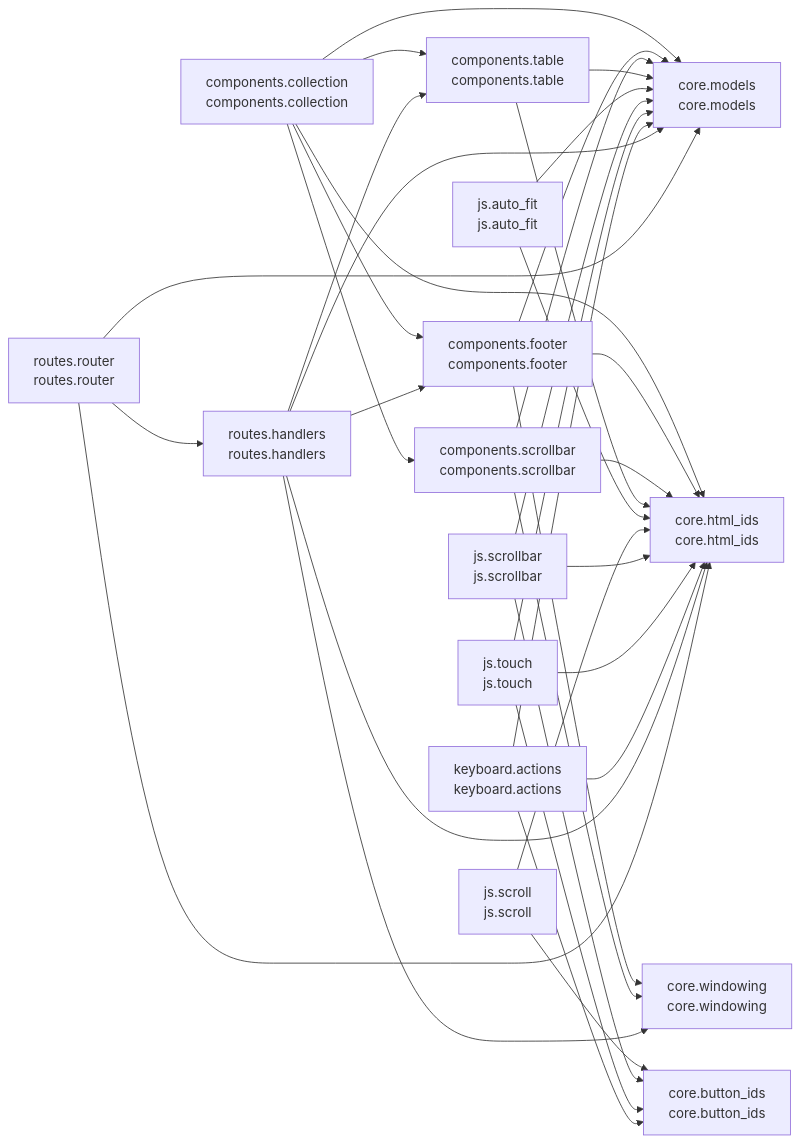
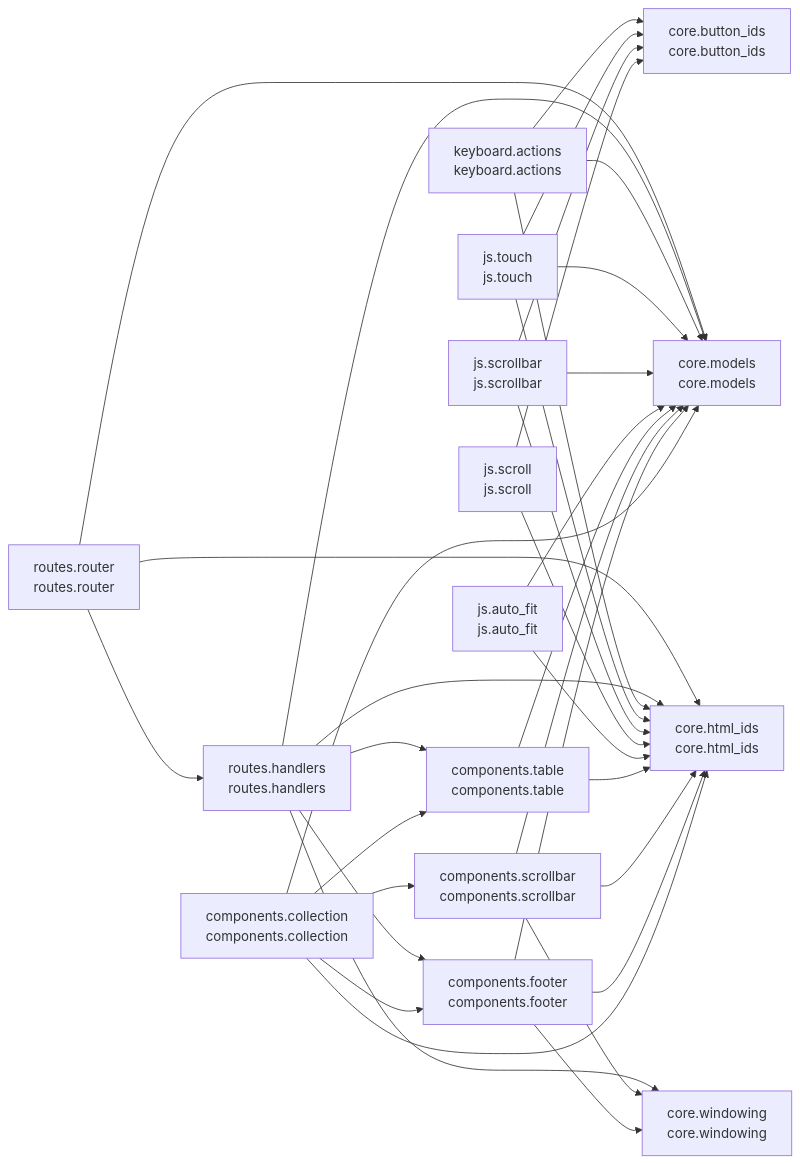
The diagram in README.md (cj-mills/cjm-fasthtml-virtual-collection), drawn with Mermaid before and after one commit. The commit also changed other lines of this file and 7 other files, not shown here.

````diff
--- a/README.md
+++ b/README.md
@@ -40,53 +40,53 @@
 ``` mermaid
 graph LR
     components_collection[components.collection<br/>components.collection]
     components_footer[components.footer<br/>components.footer]
     components_scrollbar[components.scrollbar<br/>components.scrollbar]
     components_table[components.table<br/>components.table]
     core_button_ids[core.button_ids<br/>core.button_ids]
     core_html_ids[core.html_ids<br/>core.html_ids]
     core_models[core.models<br/>core.models]
     core_windowing[core.windowing<br/>core.windowing]
     js_auto_fit[js.auto_fit<br/>js.auto_fit]
     js_scroll[js.scroll<br/>js.scroll]
     js_scrollbar[js.scrollbar<br/>js.scrollbar]
     js_touch[js.touch<br/>js.touch]
     keyboard_actions[keyboard.actions<br/>keyboard.actions]
     routes_handlers[routes.handlers<br/>routes.handlers]
     routes_router[routes.router<br/>routes.router]
 
     components_collection --> core_models
+    components_collection --> components_table
     components_collection --> components_footer
+    components_collection --> core_html_ids
     components_collection --> components_scrollbar
-    components_collection --> components_table
-    components_collection --> core_html_ids
     components_footer --> core_html_ids
+    components_footer --> core_models
     components_footer --> core_windowing
-    components_footer --> core_models
+    components_scrollbar --> core_models
     components_scrollbar --> core_html_ids
     components_scrollbar --> core_windowing
-    components_scrollbar --> core_models
     components_table --> core_models
     components_table --> core_html_ids
+    js_auto_fit --> core_models
     js_auto_fit --> core_html_ids
-    js_auto_fit --> core_models
     js_scroll --> core_html_ids
     js_scroll --> core_button_ids
     js_scrollbar --> core_html_ids
+    js_scrollbar --> core_models
     js_scrollbar --> core_button_ids
-    js_scrollbar --> core_models
     js_touch --> core_html_ids
+    js_touch --> core_models
     js_touch --> core_button_ids
-    js_touch --> core_models
     keyboard_actions --> core_html_ids
+    keyboard_actions --> core_models
     keyboard_actions --> core_button_ids
-    keyboard_actions --> core_models
     routes_handlers --> core_models
-    routes_handlers --> components_footer
     routes_handlers --> core_windowing
     routes_handlers --> components_table
+    routes_handlers --> components_footer
     routes_handlers --> core_html_ids
     routes_router --> core_models
     routes_router --> routes_handlers
     routes_router --> core_html_ids
 ```
````
